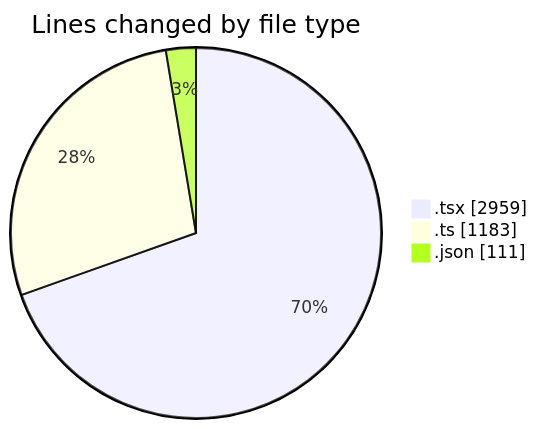
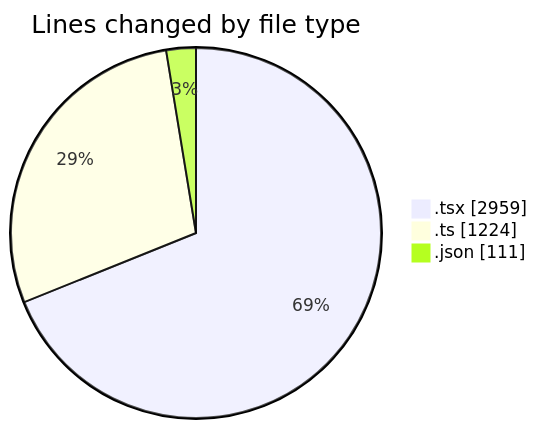
Before and after one commit to julien-gomy/code-tracking: the first of 2 diagrams in 2025-11-08/eventscop-frontend-guide__workspace_/README.md, drawn with Mermaid. The commit also changed other lines of this file and 1 other file, not shown here.

````diff
--- a/2025-11-08/eventscop-frontend-guide__workspace_/README.md
+++ b/2025-11-08/eventscop-frontend-guide__workspace_/README.md
@@ -58,7 +58,7 @@
 ```mermaid
 pie showData
 title Lines changed by file type
 ".tsx" : 2959
-".ts" : 1183
+".ts" : 1224
 ".json" : 111
 ```
````
